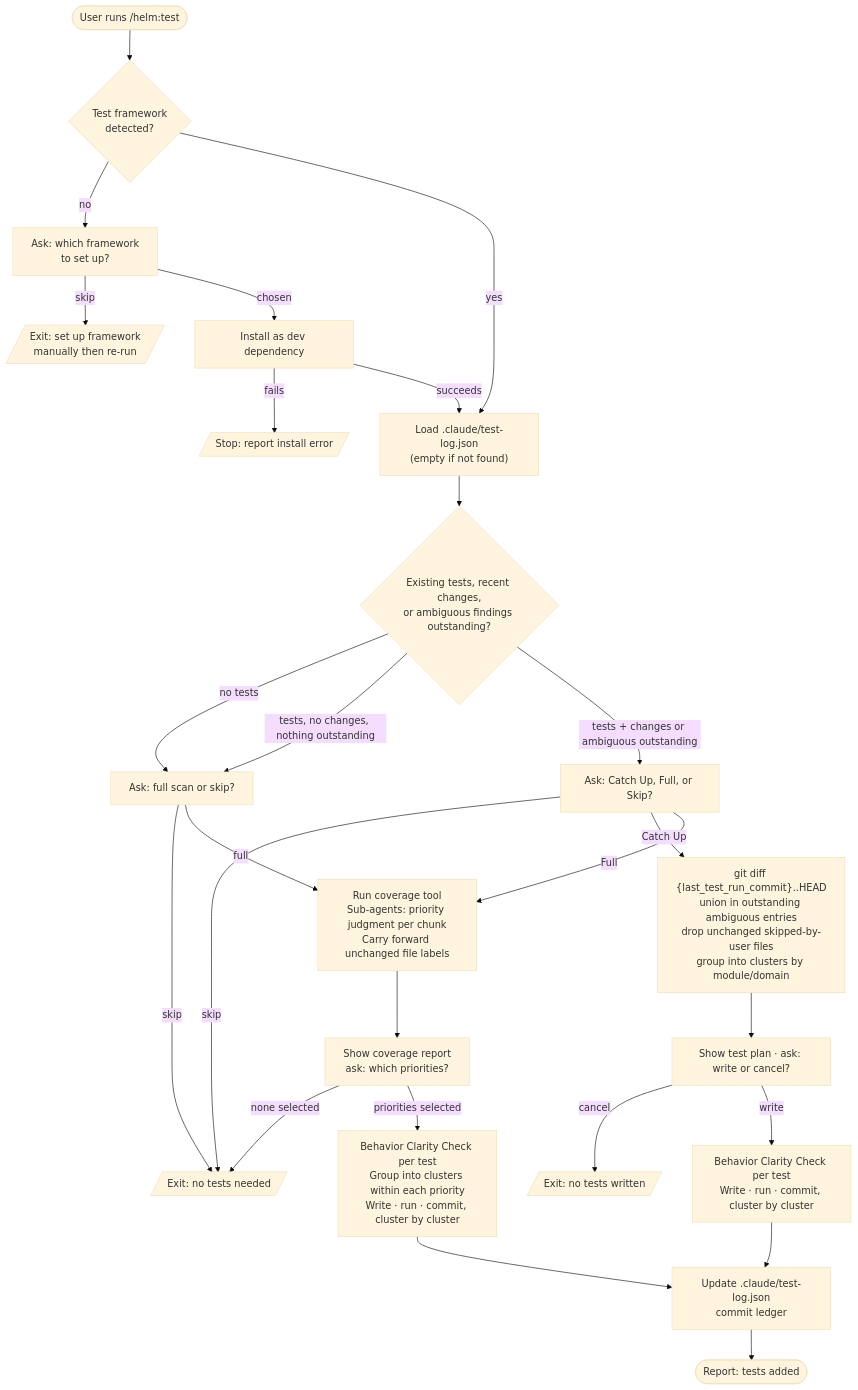
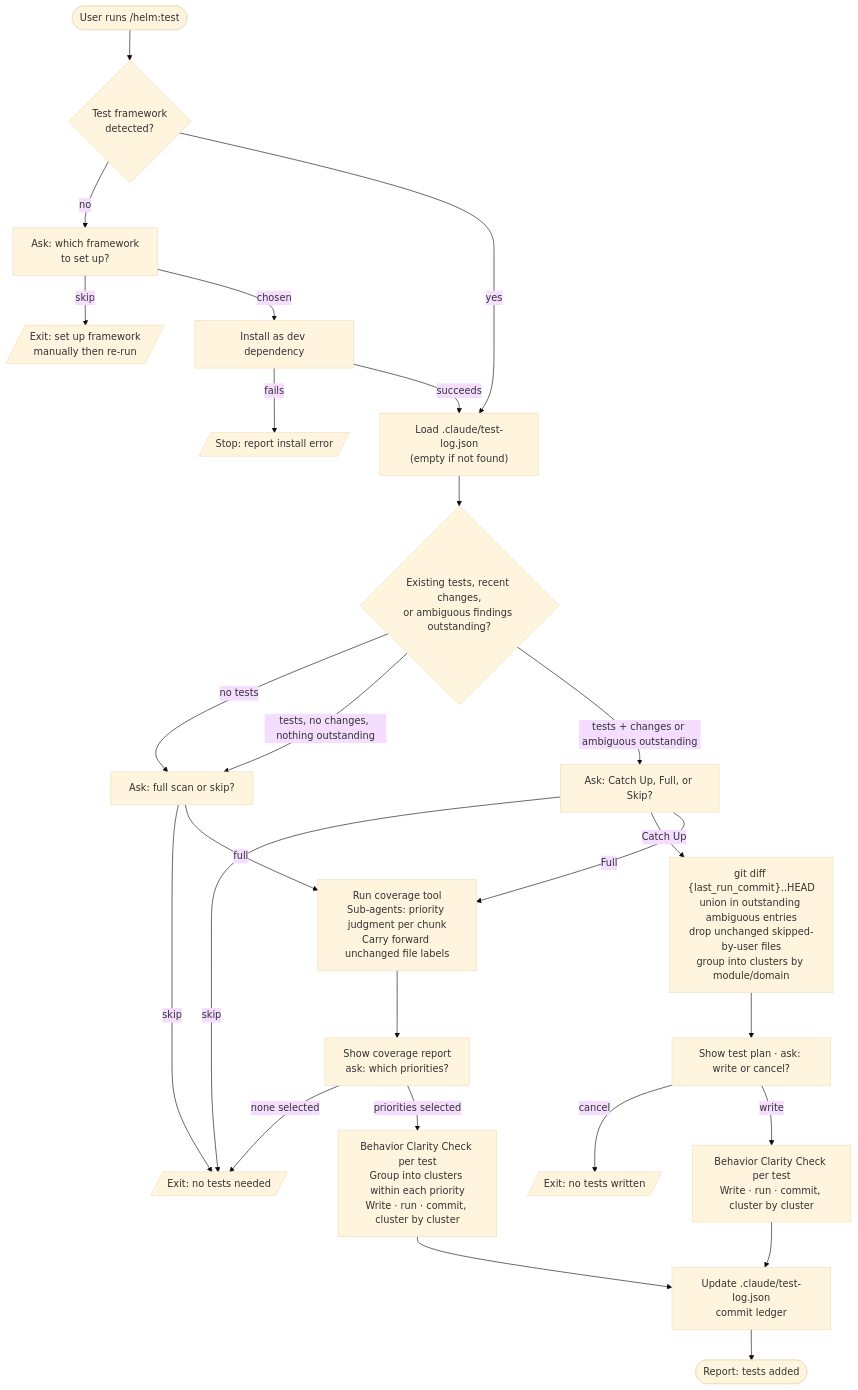
Before and after one commit to myowinthein/agent-helm: the diagram in docs/commands/test.md, drawn with Mermaid (base theme). The commit also changed other lines of this file and 1 other file, not shown here.

First line of the commit message:
refactor(test): simplify ledger to one array, inherit refactor.md's explicit-threshold pattern

````diff
--- a/docs/commands/test.md
+++ b/docs/commands/test.md
@@ -13,35 +13,35 @@
 ```mermaid
 flowchart TD
   Start([User runs /helm:test]) --> Framework{Test framework<br/>detected?}
   Framework -->|no| AskFW[Ask: which framework<br/>to set up?]
   AskFW -->|skip| FWStop[/Exit: set up framework<br/>manually then re-run/]
   AskFW -->|chosen| FWSetup[Install as dev dependency]
   FWSetup -->|fails| FWFail[/Stop: report install error/]
   Framework -->|yes| Ledger
   FWSetup -->|succeeds| Ledger
 
   Ledger["Load .claude/test-log.json<br/>(empty if not found)"] --> Assess
 
   Assess{Existing tests, recent changes,<br/>or ambiguous findings outstanding?}
   Assess -->|no tests| FullOrSkip["Ask: full scan or skip?"]
   Assess -->|tests, no changes, nothing outstanding| FullOrSkip
   Assess -->|tests + changes or ambiguous outstanding| Choice["Ask: Catch Up, Full, or Skip?"]
 
   FullOrSkip -->|skip| Skip[/Exit: no tests needed/]
   FullOrSkip -->|full| FullScan
   Choice -->|skip| Skip
   Choice -->|Catch Up| CatchUp
   Choice -->|Full| FullScan
 
-  CatchUp["git diff {last_test_run_commit}..HEAD<br/>union in outstanding ambiguous entries<br/>drop unchanged skipped-by-user files<br/>group into clusters by module/domain"] --> CatchPlan["Show test plan · ask: write or cancel?"]
+  CatchUp["git diff {last_run_commit}..HEAD<br/>union in outstanding ambiguous entries<br/>drop unchanged skipped-by-user files<br/>group into clusters by module/domain"] --> CatchPlan["Show test plan · ask: write or cancel?"]
   CatchPlan -->|cancel| Cancel[/Exit: no tests written/]
   CatchPlan -->|write| CWrite["Behavior Clarity Check per test<br/>Write · run · commit, cluster by cluster"]
   CWrite --> UpdateLedger
 
   FullScan["Run coverage tool<br/>Sub-agents: priority judgment per chunk<br/>Carry forward unchanged file labels"] --> FullPlan["Show coverage report<br/>ask: which priorities?"]
   FullPlan -->|none selected| Skip
   FullPlan -->|priorities selected| FWrite["Behavior Clarity Check per test<br/>Group into clusters within each priority<br/>Write · run · commit, cluster by cluster"]
   FWrite --> UpdateLedger
 
   UpdateLedger["Update .claude/test-log.json<br/>commit ledger"] --> Done([Report: tests added])
 ```
````
